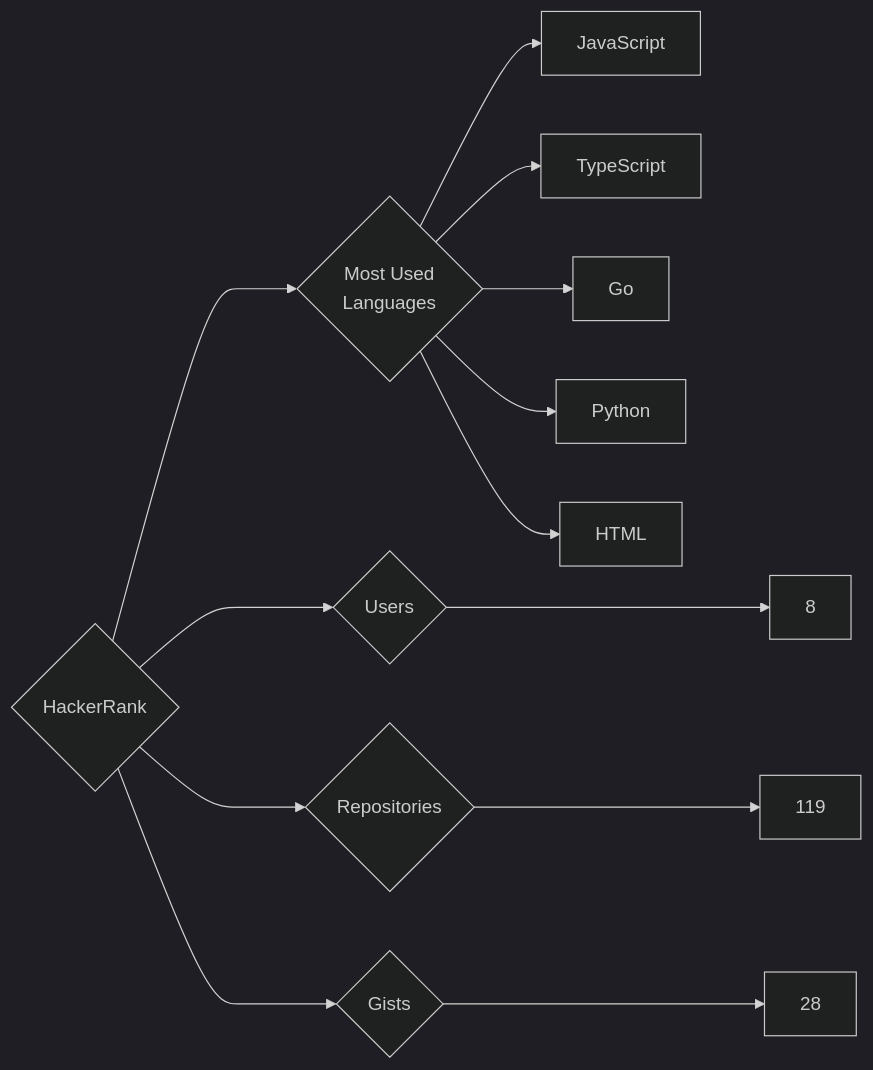
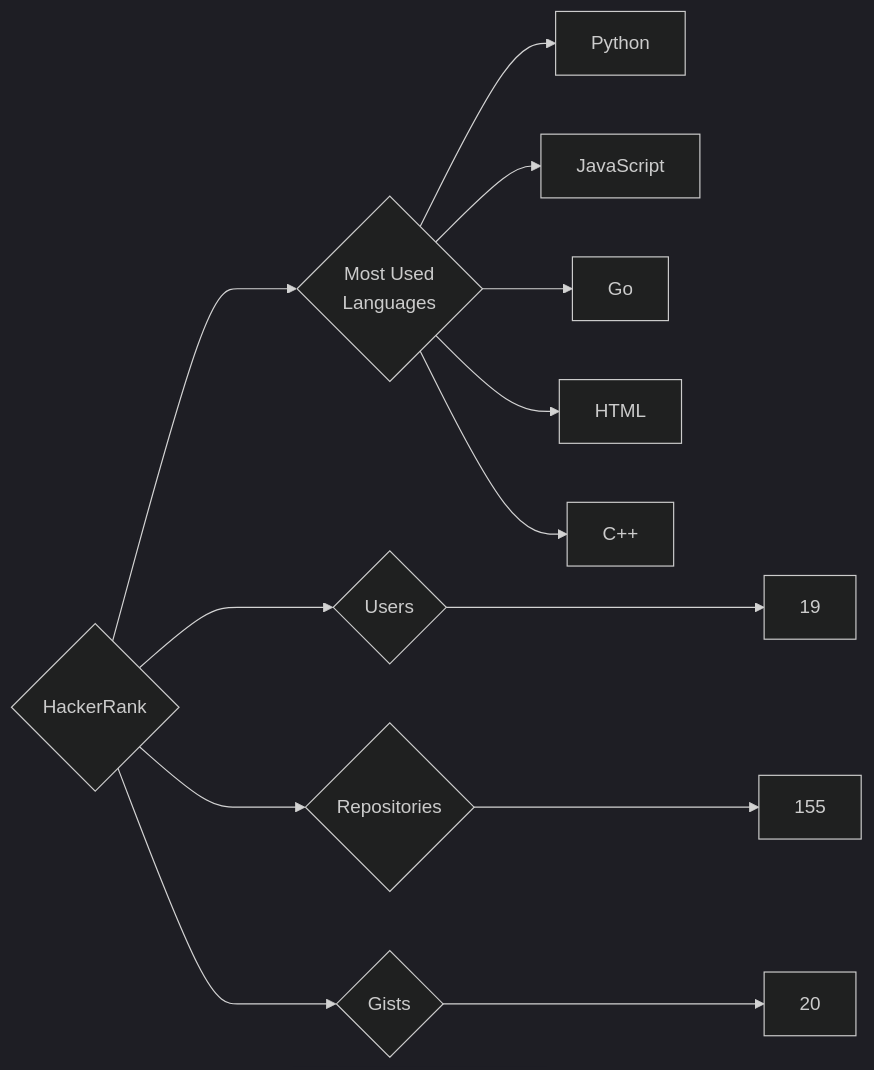
The diagram in targets/HackerRank/README.md (trickest/insiders), drawn with Mermaid (dark theme) before and after one commit. The commit also changed 1170 other files, not shown here.

````diff
--- a/targets/HackerRank/README.md
+++ b/targets/HackerRank/README.md
@@ -3,13 +3,13 @@
 ```mermaid
 graph LR
 COMPANY_NAME{HackerRank}
-COMPANY_NAME ---> U{Users} ---> UN[8]
-COMPANY_NAME ---> R{Repositories} ---> RN[119]
-COMPANY_NAME ---> G{Gists} ---> GN[28]
+COMPANY_NAME ---> U{Users} ---> UN[19]
+COMPANY_NAME ---> R{Repositories} ---> RN[155]
+COMPANY_NAME ---> G{Gists} ---> GN[20]
 COMPANY_NAME ---> ML{Most Used<br>Languages}
+ML --> Python[Python]
 ML --> JavaScript[JavaScript]
-ML --> TypeScript[TypeScript]
 ML --> Go[Go]
-ML --> Python[Python]
 ML --> HTML[HTML]
+ML --> C++[C++]
 ```
````
